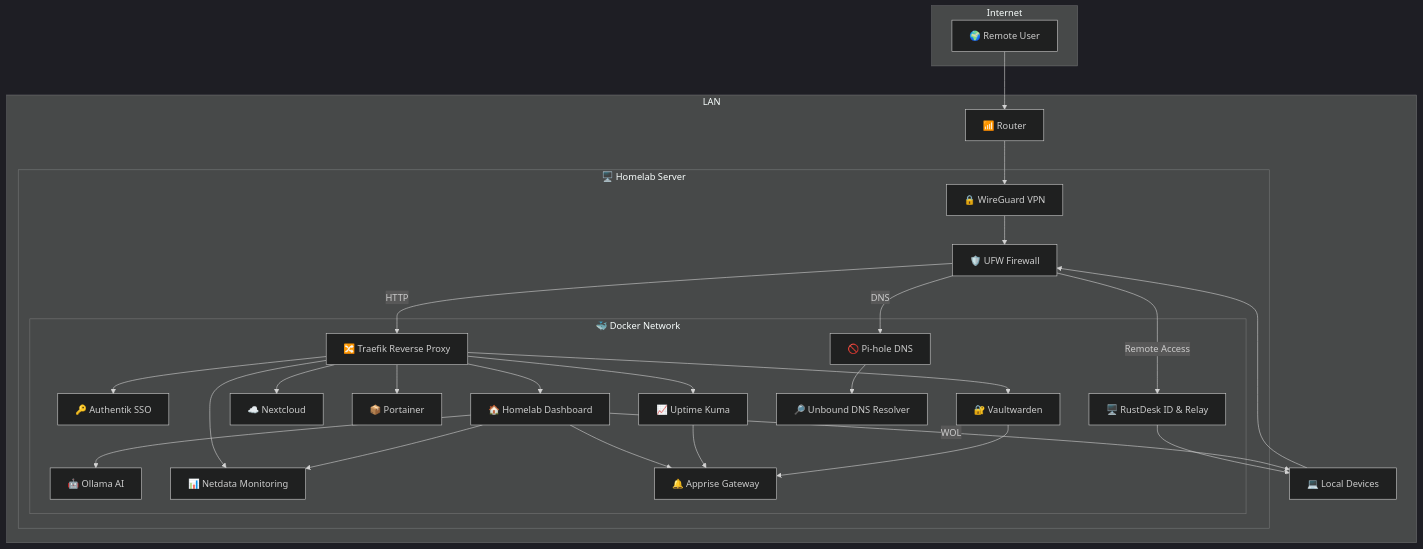
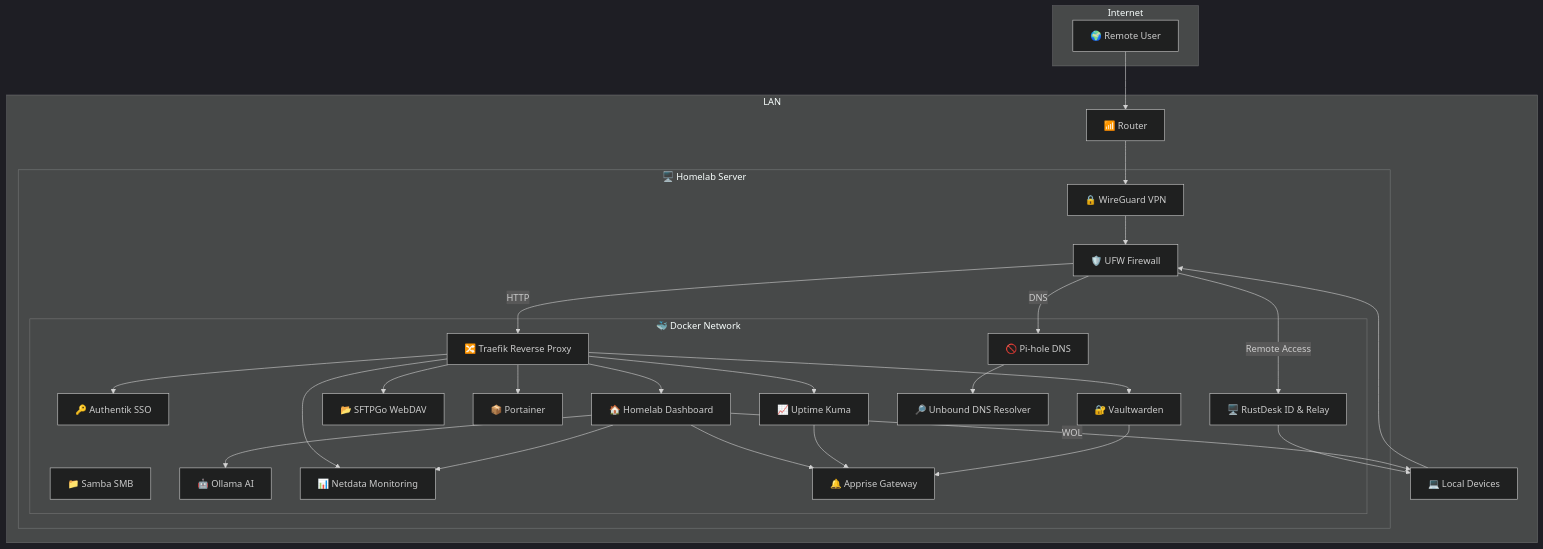
One commit to satsinush/homelab changed the diagram in README.md. Above: the diagram before and after it, drawn with Mermaid. The commit also changed other lines of this file and 47 other files, not shown here.

Commit message:
Removed nextcloud for SMB and basic webdav

````diff
--- a/README.md
+++ b/README.md
@@ -49,68 +49,69 @@
 ```mermaid
 %%{init: {
     "theme": "dark"
 }}%%
 graph TD
     %% INTERNET
     subgraph Internet
         RemoteClient[🌍 Remote User]
     end
 
     %% LAN
     subgraph LAN
         Router[📶 Router]
         LocalClient[💻 Local Devices]
 
         subgraph Server[🖥️ Homelab Server]
             WireGuard[🔒 WireGuard VPN]
             UFW[🛡️ UFW Firewall]
 
             subgraph Docker[🐳 Docker Network]
                 Traefik[🔀 Traefik Reverse Proxy]
                 Authentik[🔑 Authentik SSO]
                 Vaultwarden[🔐 Vaultwarden]
-                Nextcloud[☁️ Nextcloud]
+                Samba[📁 Samba SMB]
+                WebDAV[📂 SFTPGo WebDAV]
                 Portainer[📦 Portainer]
                 Dashboard[🏠 Homelab Dashboard]
                 Ollama[🤖 Ollama AI]
                 Netdata[📊 Netdata Monitoring]
                 UptimeKuma[📈 Uptime Kuma]
                 Apprise[🔔 Apprise Gateway]
                 Pihole[🚫 Pi-hole DNS]
                 Unbound[🔎 Unbound DNS Resolver]
                 Rustdesk[🖥️ RustDesk ID & Relay]
             end
         end
     end
 
     %% Entry chain
     RemoteClient --> Router --> WireGuard --> UFW
     LocalClient --> UFW
 
     %% DNS chain
     Pihole --> Unbound
     UFW -->|DNS| Pihole
 
     %% Firewall routes
     UFW -->|HTTP| Traefik
     UFW -->|Remote Access| Rustdesk --> LocalClient
 
     %% Proxy/Auth flows
     Traefik --> Authentik
     Traefik --> Vaultwarden
-    Traefik --> Nextcloud
+    Traefik --> WebDAV
     Traefik --> Portainer
     Traefik --> Dashboard
     Traefik --> Netdata
     Traefik --> UptimeKuma
 
     %% Dashboard flows
     Dashboard --> Ollama
     Dashboard --> Netdata
     Dashboard -->|WOL| LocalClient
     Dashboard --> Apprise
 
     %% Notifications
     UptimeKuma --> Apprise
     Vaultwarden --> Apprise
 ```
````
